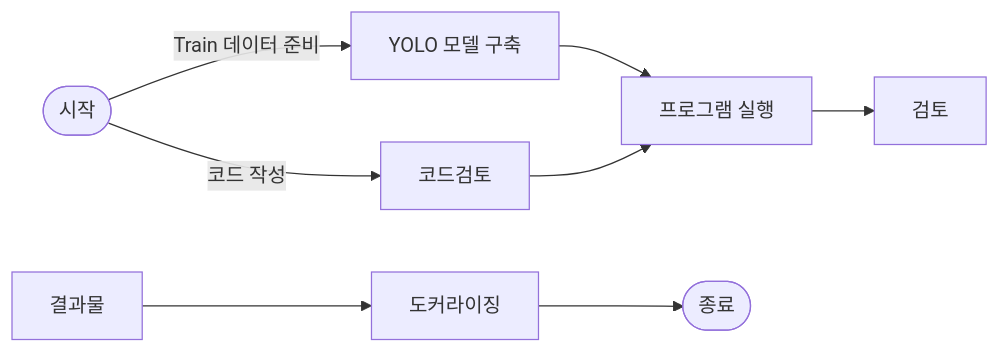
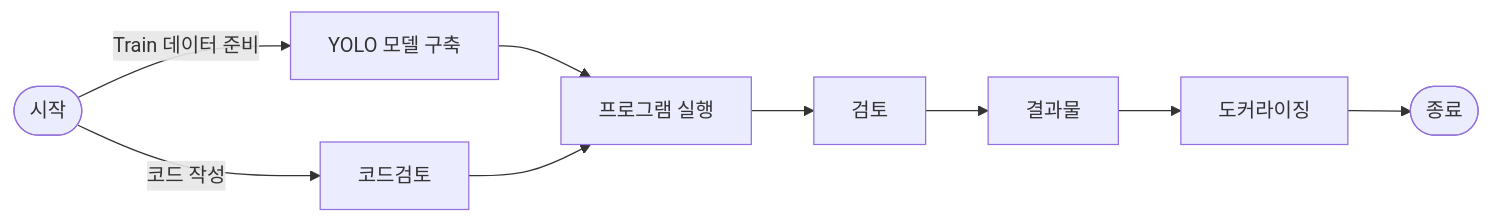
The first of 2 diagrams in README.md (gamdumdum/my-project), drawn with Mermaid before and after one commit.

````diff
--- a/README.md
+++ b/README.md
@@ -2,18 +2,17 @@
 ```mermaid
 flowchart LR
     시작([시작])
     시작 -->|Train 데이터 준비| Yolo[YOLO 모델 구축]
     시작 -->|코드 작성| 코드검토[코드검토]
 
     Yolo --> 실행[프로그램 실행]
     코드검토 --> 실행
 
     실행 --> 검토[검토]
+    검토 --> 결과[결과물]
 
 
-
-
-    결과[결과물] --> 도커[도커라이징]
+    결과 --> 도커[도커라이징]
     도커 --> 종료([종료])
 
 ```
````
